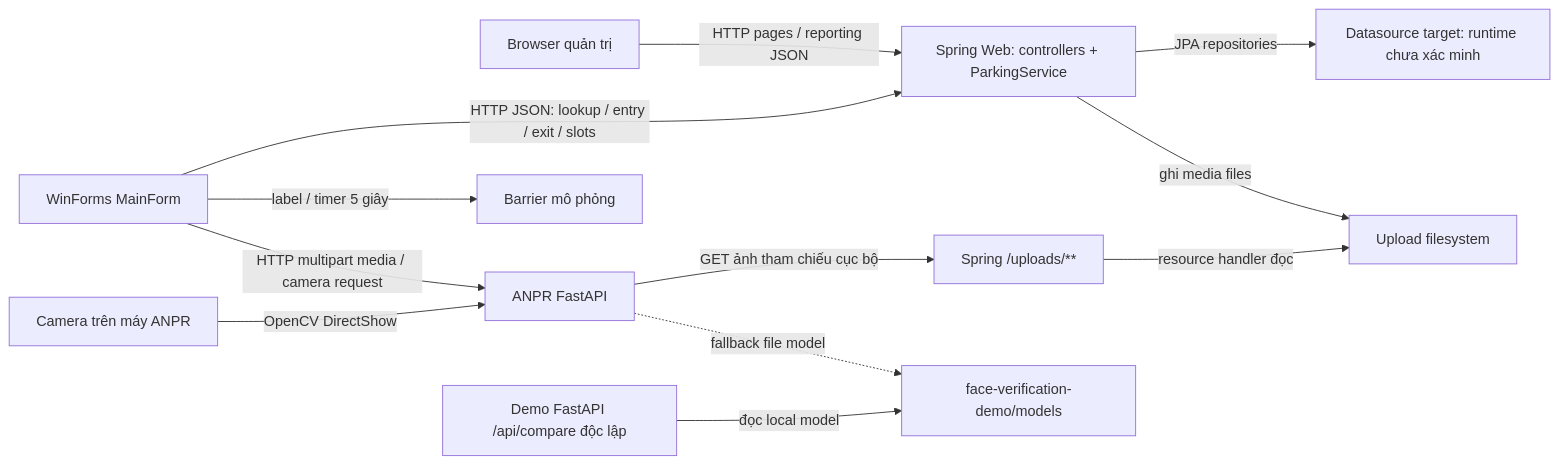
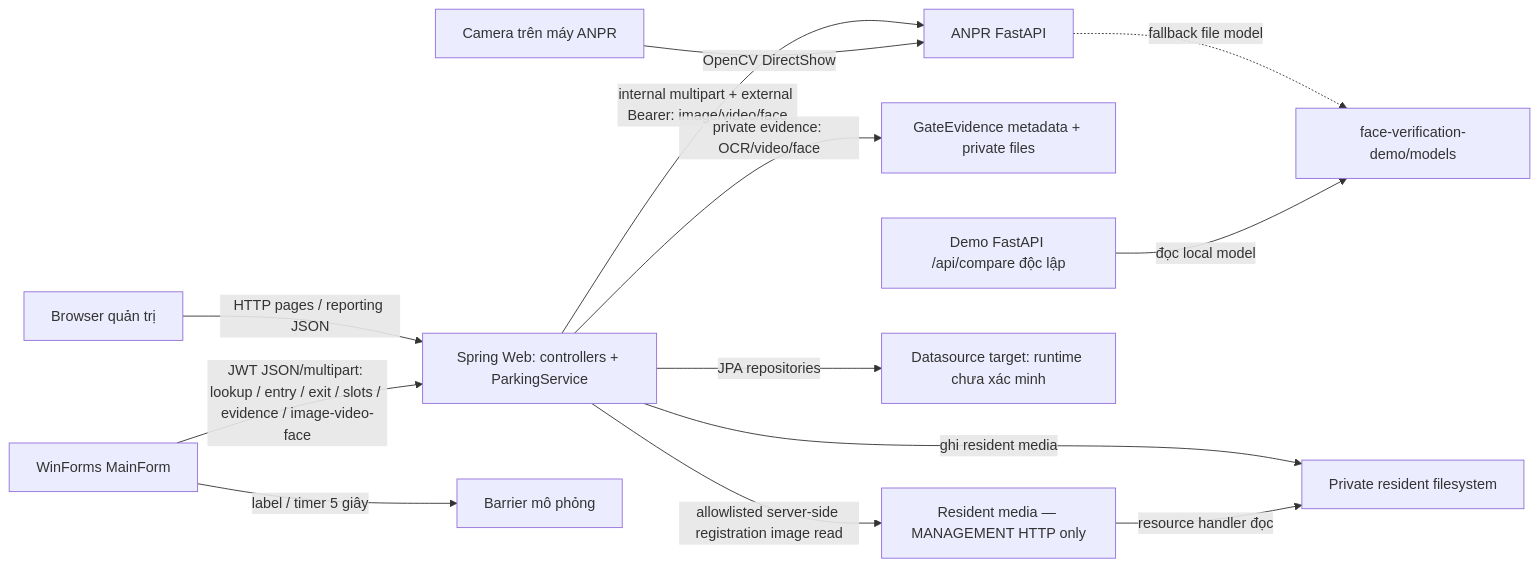
One commit to phuochuit/KLTN changed the diagram in docs/architecture/system.md. Above: the diagram before and after it, drawn with Mermaid. The commit also changed other lines of this file and 18 other files, not shown here.

````diff
--- a/docs/architecture/system.md
+++ b/docs/architecture/system.md
@@ -24,14 +24,15 @@
 ```mermaid
 flowchart LR
   Browser["Browser quản trị"] -->|"HTTP pages / reporting JSON"| Spring["Spring Web: controllers + ParkingService"]
-  Desktop["WinForms MainForm"] -->|"HTTP JSON: lookup / entry / exit / slots"| Spring
-  Desktop -->|"HTTP multipart media / camera request"| ANPR["ANPR FastAPI"]
-  ANPR -->|"GET ảnh tham chiếu cục bộ"| Uploads["Spring /uploads/**"]
+  Desktop["WinForms MainForm"] -->|"JWT JSON/multipart: lookup / entry / exit / slots / evidence / image-video-face"| Spring
+  Spring -->|"internal multipart + external Bearer: image/video/face"| ANPR["ANPR FastAPI"]
+  Spring -->|"private evidence: OCR/video/face"| Evidence["GateEvidence metadata + private files"]
+  Spring -->|"allowlisted server-side registration image read"| Uploads["Resident media — MANAGEMENT HTTP only"]
   Spring -->|"JPA repositories"| DB["Datasource target: runtime chưa xác minh"]
-  Spring -->|"ghi media files"| Files["Upload filesystem"]
+  Spring -->|"ghi resident media"| Files["Private resident filesystem"]
   Uploads -->|"resource handler đọc"| Files
   Camera["Camera trên máy ANPR"] -->|"OpenCV DirectShow"| ANPR
   Desktop -->|"label / timer 5 giây"| Barrier["Barrier mô phỏng"]
   ANPR -.->|"fallback file model"| DemoModels["face-verification-demo/models"]
   Demo["Demo FastAPI /api/compare độc lập"] -->|"đọc local model"| DemoModels
 ```
````
